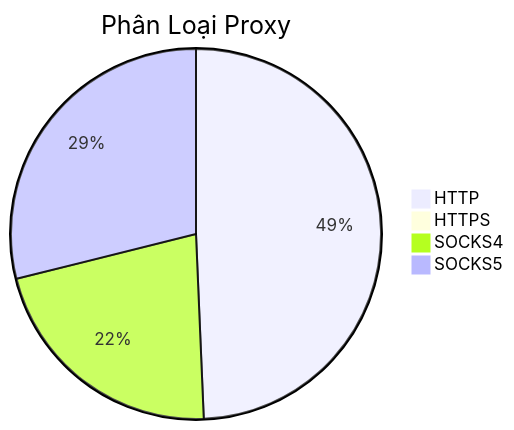
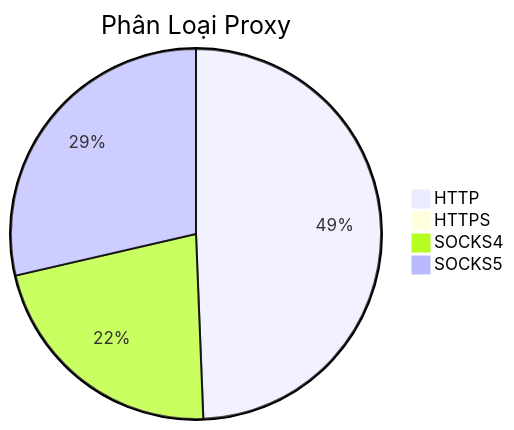
The diagram in README.md (Ciara-12/PROXY-free), drawn with Mermaid before and after one commit. The commit also changed other lines of this file and 3 other files, not shown here.

````diff
--- a/README.md
+++ b/README.md
@@ -26,7 +26,7 @@
 ```mermaid
 pie title Phân Loại Proxy
-    "HTTP" : 478
+    "HTTP" : 547
     "HTTPS" : 0
-    "SOCKS4" : 211
-    "SOCKS5" : 280
+    "SOCKS4" : 244
+    "SOCKS5" : 317
 ```
````
